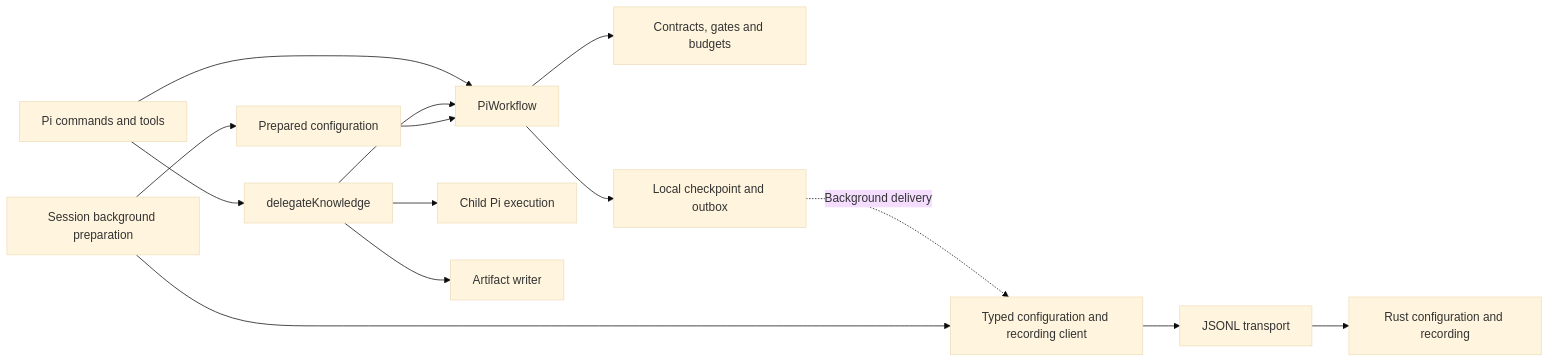
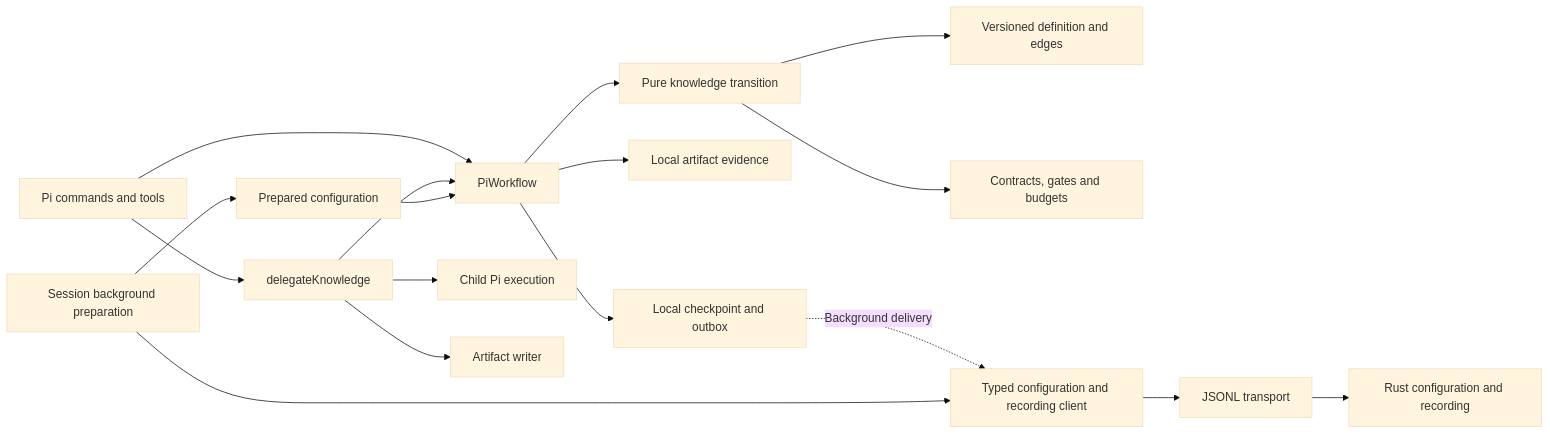
One commit to xpersh/xper changed the diagram in adapters/pi/docs/architecture.md. Above: the diagram before and after it, drawn with Mermaid (base theme). The commit also changed other lines of this file and 25 other files, not shown here.

Commit message:
refactor: make Pi knowledge transitions an explicit state machine

````diff
--- a/adapters/pi/docs/architecture.md
+++ b/adapters/pi/docs/architecture.md
@@ -14,16 +16,19 @@
 ```mermaid
 flowchart LR
     Commands[Pi commands and tools] --> Workflow[PiWorkflow]
     Commands --> Action[delegateKnowledge]
     Action --> Workflow
     Action --> Executor[Child Pi execution]
     Action --> Writer[Artifact writer]
-    Workflow --> Policy[Contracts, gates and budgets]
+    Workflow --> Machine[Pure knowledge transition]
+    Machine --> Definition[Versioned definition and edges]
+    Machine --> Policy[Contracts, gates and budgets]
+    Workflow --> Evidence[Local artifact evidence]
     Workflow --> Journal[Local checkpoint and outbox]
     Journal -. Background delivery .-> Client[Typed configuration and recording client]
     Session[Session background preparation] --> Client
     Session --> Prepared[Prepared configuration]
     Prepared --> Workflow
     Client --> Bridge[JSONL transport]
     Bridge --> Core[Rust configuration and recording]
 ```
````
